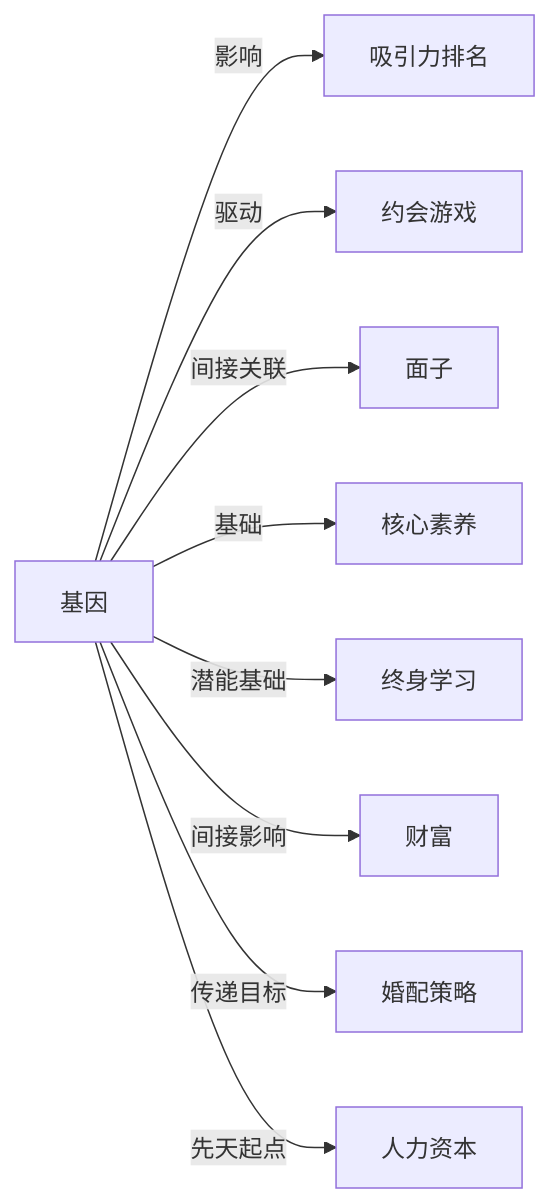
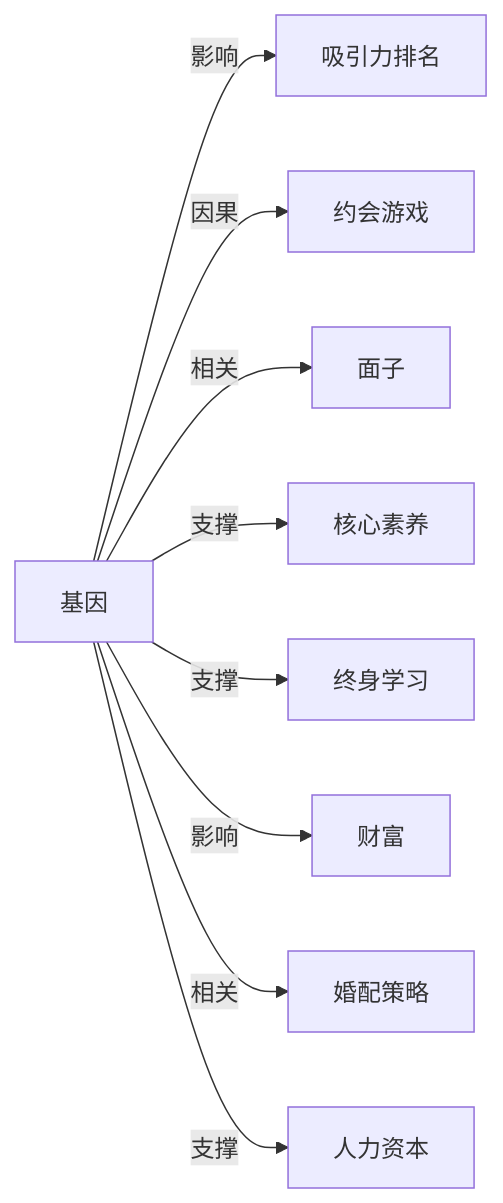
The diagram in Knowledge/Concepts/生物学/基因.md (KIMMCHOW/MyKnowledge), drawn with Mermaid before and after one commit. The commit also changed 95 other files, not shown here.

Commit message:
reorganize: 统一关系图边标签为11类

````diff
--- a/Knowledge/Concepts/生物学/基因.md
+++ b/Knowledge/Concepts/生物学/基因.md
@@ -48,11 +48,11 @@
 ```mermaid
 graph LR
 基因 -->|影响| 吸引力排名
-基因 -->|驱动| 约会游戏
-基因 -->|间接关联| 面子
-基因 -->|基础| 核心素养
-基因 -->|潜能基础| 终身学习
-基因 -->|间接影响| 财富
-基因 -->|传递目标| 婚配策略
-基因 -->|先天起点| 人力资本
+基因 -->|因果| 约会游戏
+基因 -->|相关| 面子
+基因 -->|支撑| 核心素养
+基因 -->|支撑| 终身学习
+基因 -->|影响| 财富
+基因 -->|相关| 婚配策略
+基因 -->|支撑| 人力资本
 ```
````
